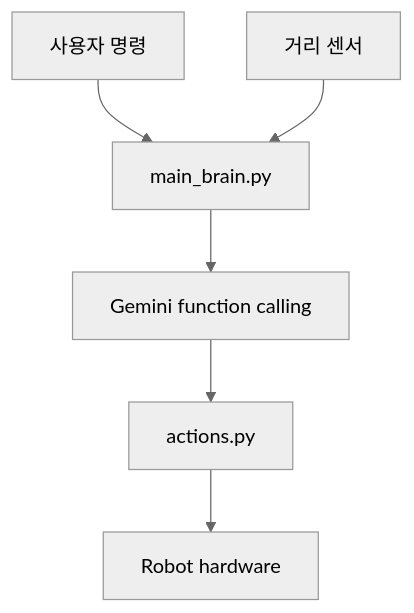
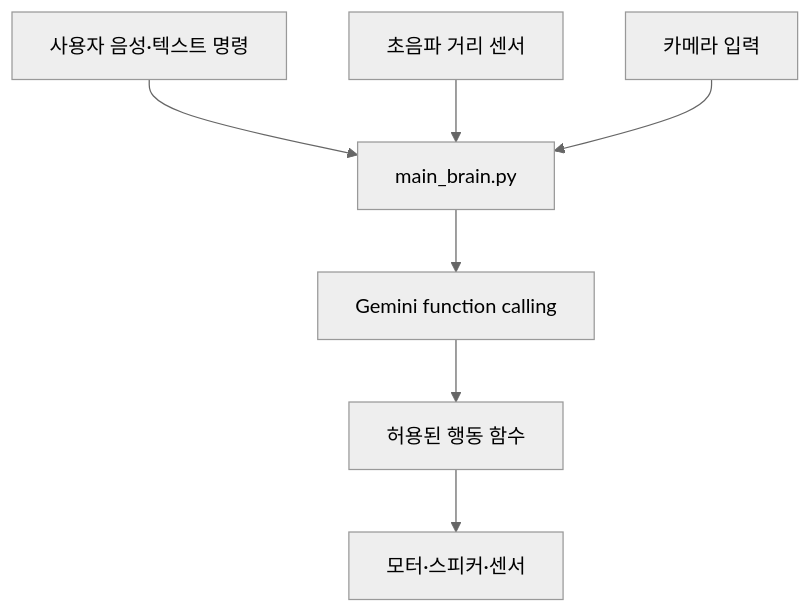
Before and after one commit to cora1022/2026ESWContest_free_ABOUTCREATE: the diagram in README.md, drawn with Mermaid (neutral theme). The commit also changed other lines of this file and 4 other files, not shown here.

````diff
--- a/README.md
+++ b/README.md
@@ -40,15 +38,17 @@
 ```mermaid
 flowchart TD
-    User["사용자 명령"]
-    Sensor["거리 센서"]
+    User["사용자 음성·텍스트 명령"]
+    Distance["초음파 거리 센서"]
+    Camera["카메라 입력"]
     Brain["main_brain.py"]
     Gemini["Gemini function calling"]
-    Actions["actions.py"]
-    Robot["Robot hardware"]
+    Actions["허용된 행동 함수"]
+    Hardware["모터·스피커·센서"]
 
     User --> Brain
-    Sensor --> Brain
+    Distance --> Brain
+    Camera --> Brain
     Brain --> Gemini
     Gemini --> Actions
-    Actions --> Robot
+    Actions --> Hardware
 ```
````
